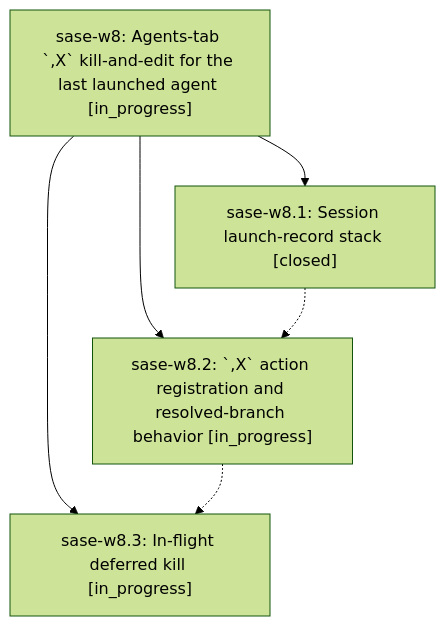
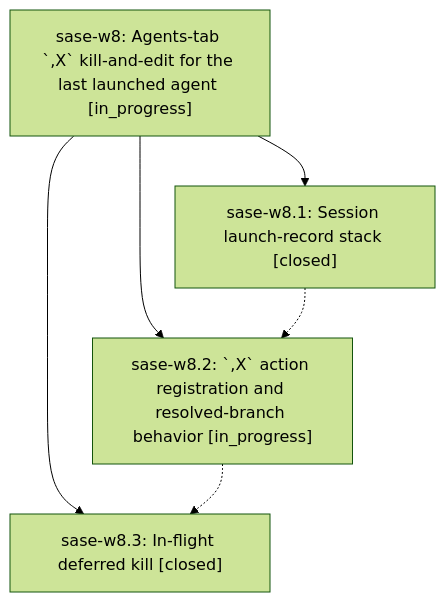
Before and after one commit to sase-org/sase--beads: the diagram in pages/sase-w8/README.md, drawn with Mermaid (forest theme). The commit also changed other lines of this file and 2 other files, not shown here.

First line of the commit message:
chore(beads): sync bead state and pages for sase-w8

````diff
--- a/pages/sase-w8/README.md
+++ b/pages/sase-w8/README.md
@@ -36,12 +42,12 @@
 ```mermaid
 flowchart TD
     n0["sase-w8: Agents-tab `,X` kill-and-edit for the last launched agent [in_progress]"]
     n1["sase-w8.1: Session launch-record stack [closed]"]
     n2["sase-w8.2: `,X` action registration and resolved-branch behavior [in_progress]"]
-    n3["sase-w8.3: In-flight deferred kill [in_progress]"]
+    n3["sase-w8.3: In-flight deferred kill [closed]"]
     n0 --> n1
     n0 --> n2
     n0 --> n3
     n1 -.-> n2
     n2 -.-> n3
 ```
````
